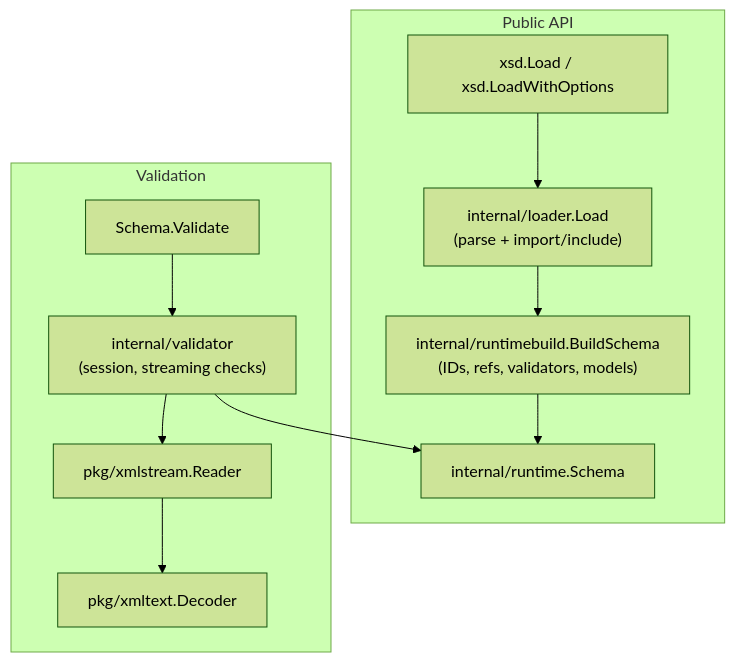
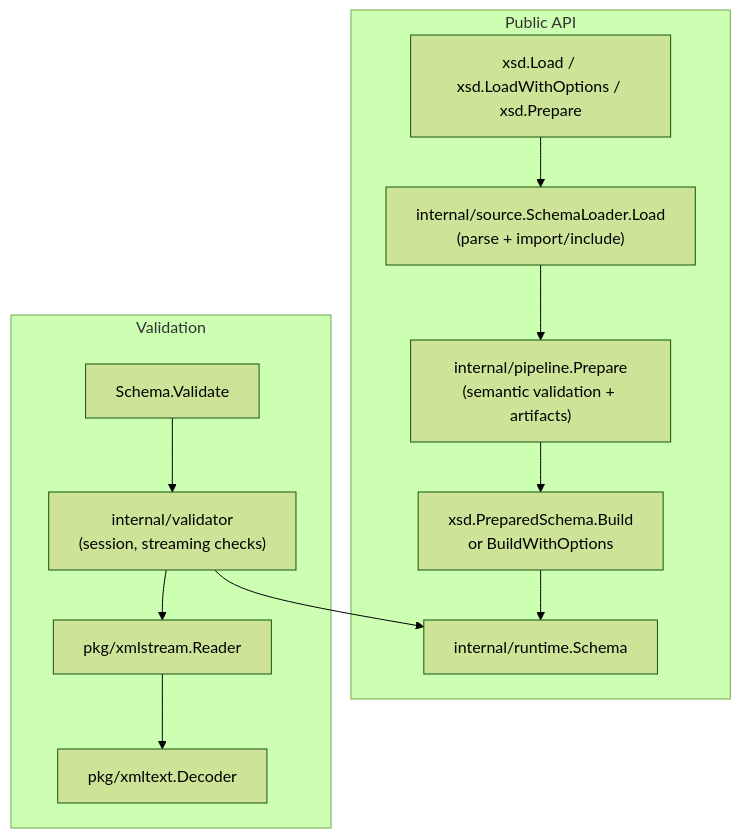
The second of 5 diagrams in docs/architecture.md (jacoelho/xsd), drawn with Mermaid (forest theme) before and after one commit. The commit also changed other lines of this file and 496 other files, not shown here.

````diff
--- a/docs/architecture.md
+++ b/docs/architecture.md
@@ -46,12 +47,12 @@
 ```mermaid
 flowchart TD
   subgraph PublicAPI["Public API"]
-    Load["xsd.Load / xsd.LoadWithOptions"] --> Loader["internal/loader.Load<br/>(parse + import/include)"] --> Build["internal/runtimebuild.BuildSchema<br/>(IDs, refs, validators, models)"] --> Runtime["internal/runtime.Schema"]
+    Load["xsd.Load / xsd.LoadWithOptions / xsd.Prepare"] --> Loader["internal/source.SchemaLoader.Load<br/>(parse + import/include)"] --> Prepare["internal/pipeline.Prepare<br/>(semantic validation + artifacts)"] --> Build["xsd.PreparedSchema.Build<br/>or BuildWithOptions"] --> Runtime["internal/runtime.Schema"]
   end
   subgraph Validation
     Validate["Schema.Validate"] --> ValidatorPkg["internal/validator<br/>(session, streaming checks)"]
     ValidatorPkg --> Runtime
     ValidatorPkg --> XMLPkg["pkg/xmlstream.Reader"]
     XMLPkg --> XMLText["pkg/xmltext.Decoder"]
   end
 ```
````
